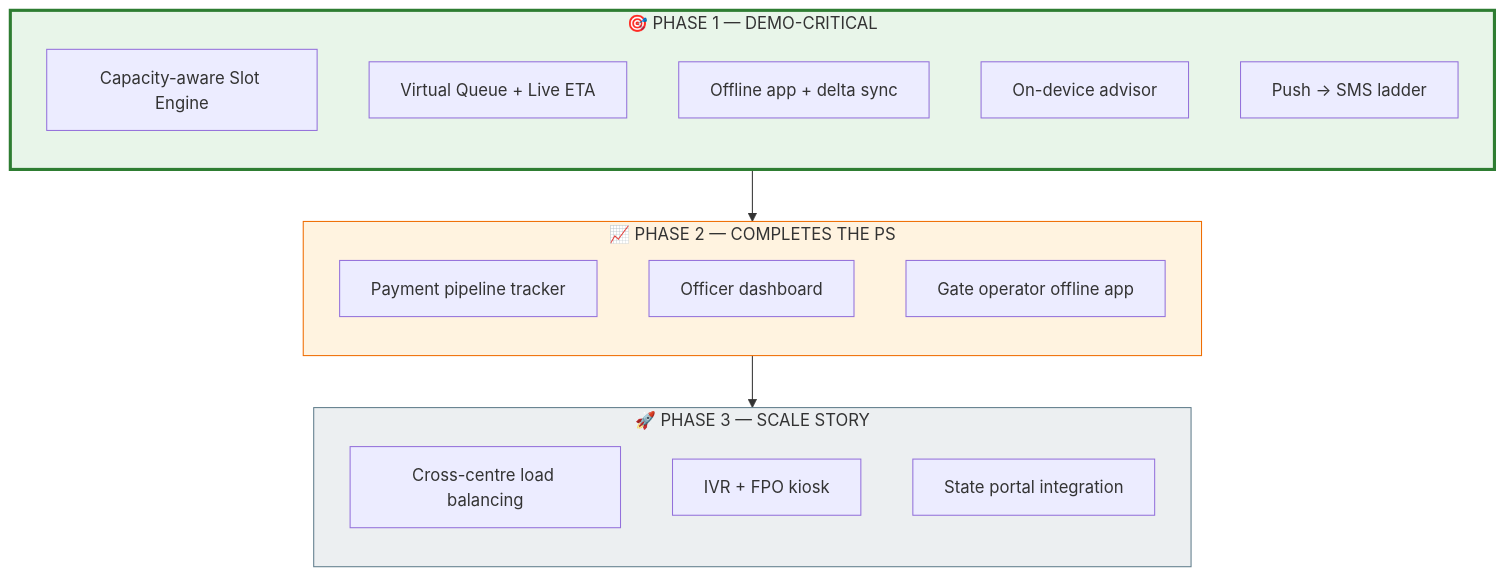
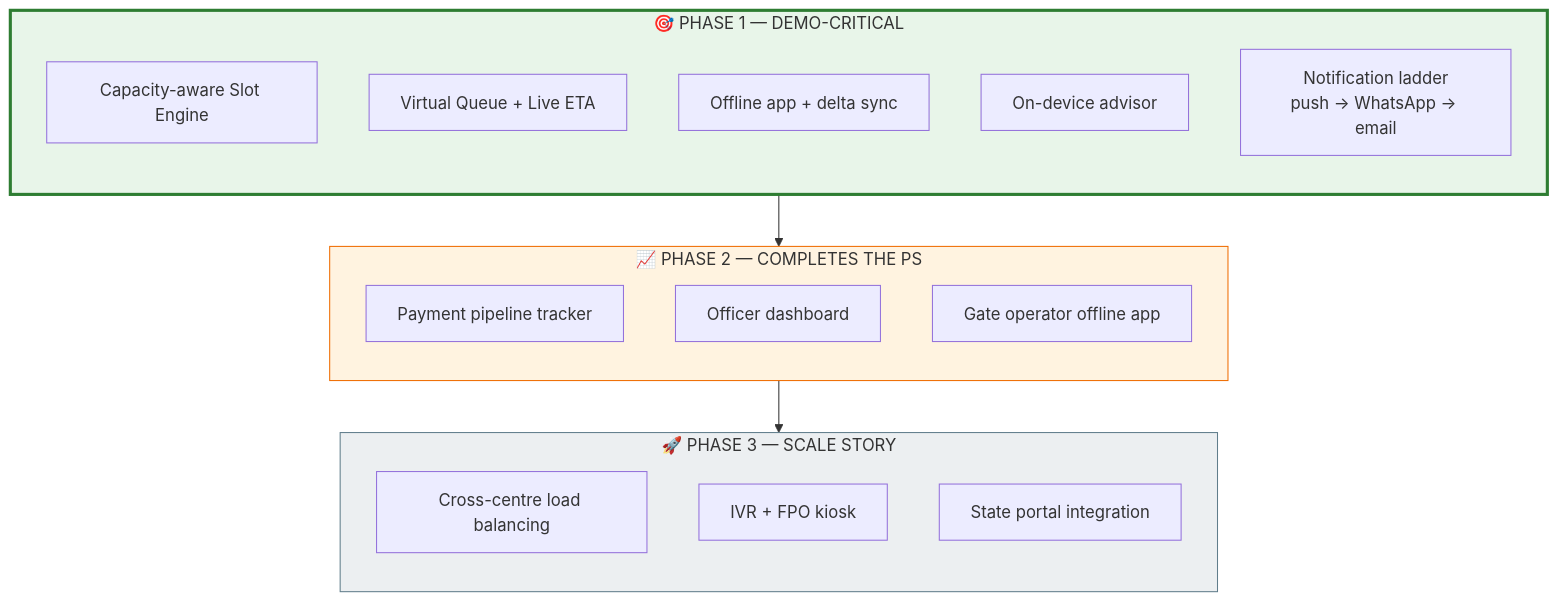
Diagram 18 of 18 in README.md (PanavPatel06/SIH2026), drawn with Mermaid before and after one commit. The commit also changed other lines of this file and 52 other files, not shown here.

````diff
--- a/README.md
+++ b/README.md
@@ -645,28 +822,28 @@
 ```mermaid
 flowchart TB
     subgraph PH1["🎯 PHASE 1 — DEMO-CRITICAL"]
         direction TB
         F1["Capacity-aware Slot Engine"]
         F2["Virtual Queue + Live ETA"]
         F3["Offline app + delta sync"]
         F4["On-device advisor"]
-        F5["Push → SMS ladder"]
+        F5["Notification ladder<br/>push → WhatsApp → email"]
     end
     subgraph PH2["📈 PHASE 2 — COMPLETES THE PS"]
         direction TB
         F6["Payment pipeline tracker"]
         F7["Officer dashboard"]
         F8["Gate operator offline app"]
     end
     subgraph PH3["🚀 PHASE 3 — SCALE STORY"]
         direction TB
         F9["Cross-centre load balancing"]
         F10["IVR + FPO kiosk"]
         F11["State portal integration"]
     end
     PH1 --> PH2 --> PH3
 
     style PH1 fill:#e8f5e9,stroke:#2e7d32,stroke-width:3px
     style PH2 fill:#fff3e0,stroke:#ef6c00
     style PH3 fill:#eceff1,stroke:#607d8b
 ```
````
